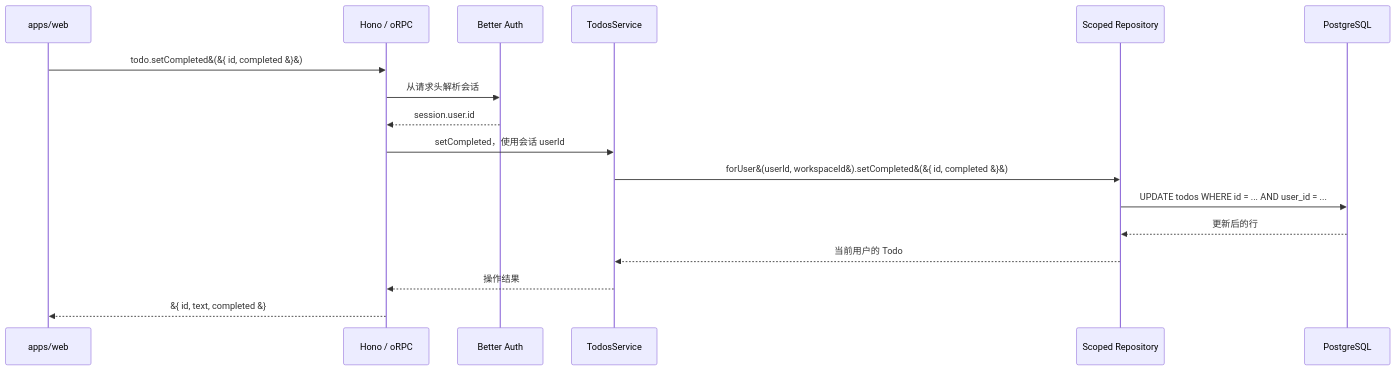
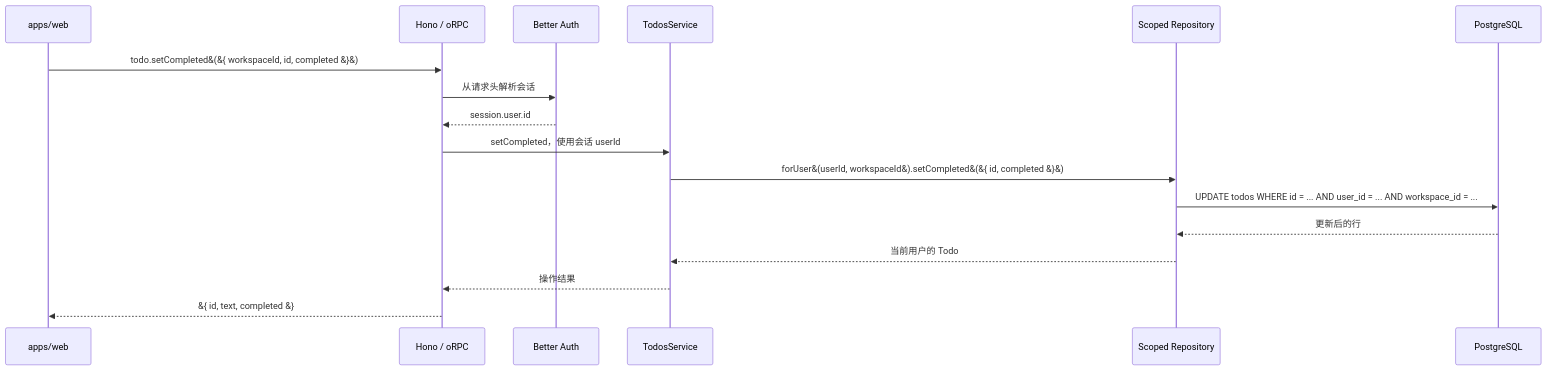
The second of 3 diagrams in docs/development.zh-CN.md (ShawnDen-coder/full-stack-example), drawn with Mermaid before and after one commit. The commit also changed other lines of this file and 32 other files, not shown here.

````diff
--- a/docs/development.zh-CN.md
+++ b/docs/development.zh-CN.md
@@ -40,19 +40,19 @@
 ```mermaid
 sequenceDiagram
   participant web as apps/web
   participant api as Hono / oRPC
   participant auth as Better Auth
   participant service as TodosService
   participant repo as Scoped Repository
   participant postgres as PostgreSQL
-  web->>api: todo.setCompleted&#40;&#123; id, completed &#125;&#41;
+  web->>api: todo.setCompleted&#40;&#123; workspaceId, id, completed &#125;&#41;
   api->>auth: 从请求头解析会话
   auth-->>api: session.user.id
   api->>service: setCompleted，使用会话 userId
   service->>repo: forUser&#40;userId, workspaceId&#41;.setCompleted&#40;&#123; id, completed &#125;&#41;
-  repo->>postgres: UPDATE todos WHERE id = ... AND user_id = ...
+  repo->>postgres: UPDATE todos WHERE id = ... AND user_id = ... AND workspace_id = ...
   postgres-->>repo: 更新后的行
   repo-->>service: 当前用户的 Todo
   service-->>api: 操作结果
   api-->>web: &#123; id, text, completed &#125;
 ```
````
